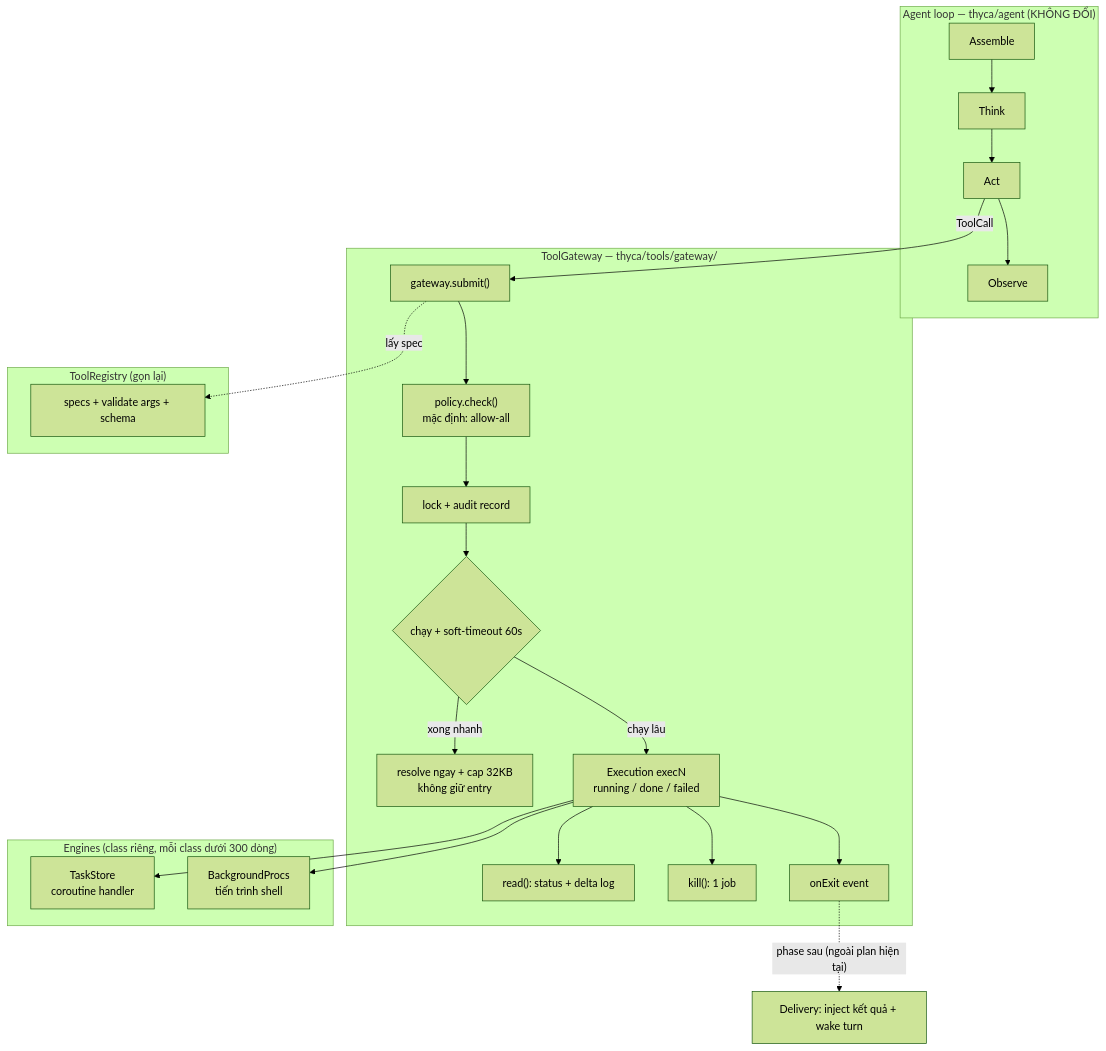
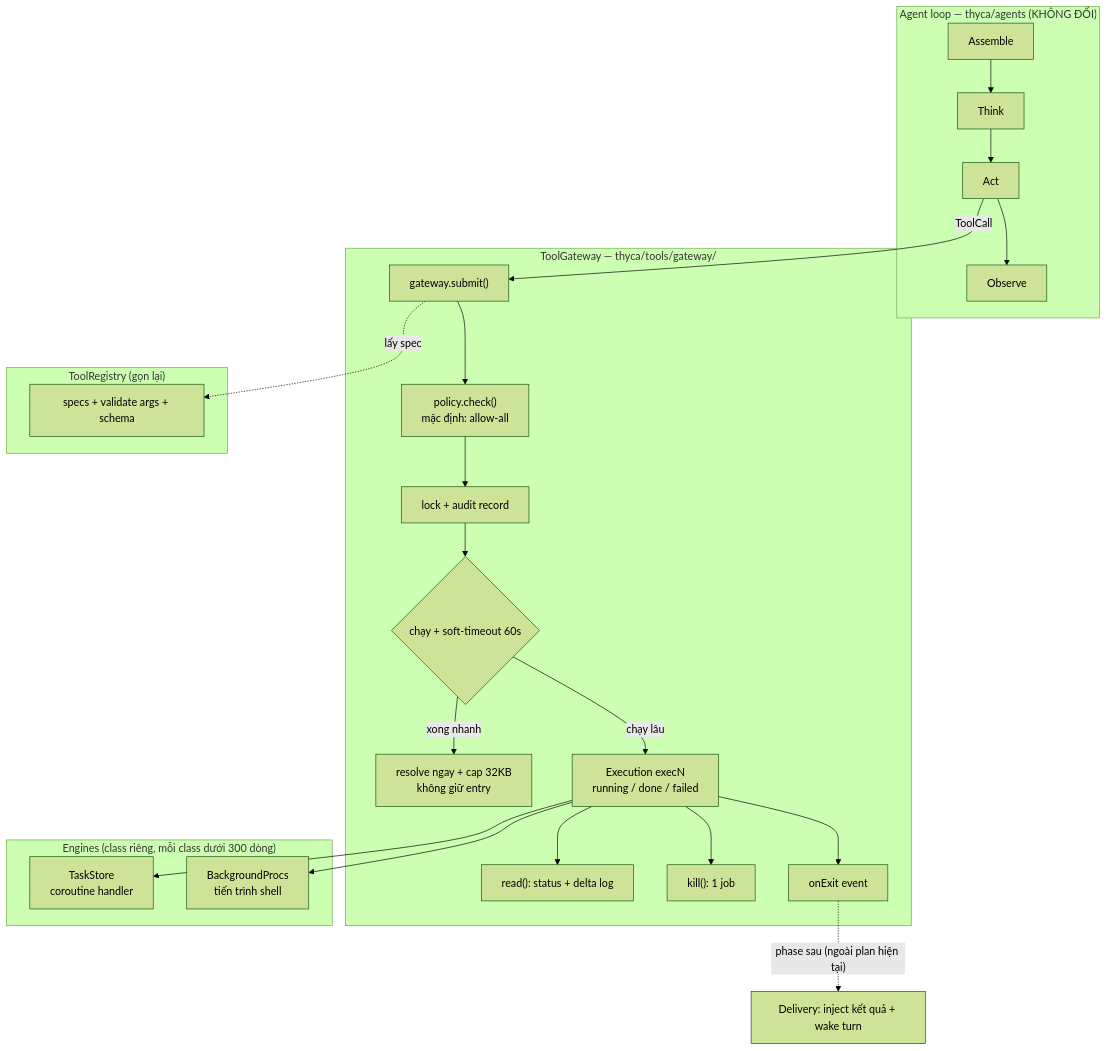
Before and after one commit to Flowerf19/thyca-ai: the first of 2 diagrams in thyca/tools/gateway/README.md, drawn with Mermaid (forest theme). The commit also changed 259 other files, not shown here.

````diff
--- a/thyca/tools/gateway/README.md
+++ b/thyca/tools/gateway/README.md
@@ -9,34 +9,34 @@
 ```mermaid
 flowchart TD
-    subgraph LOOP["Agent loop — thyca/agent (KHÔNG ĐỔI)"]
+    subgraph LOOP["Agent loop — thyca/agents (KHÔNG ĐỔI)"]
         A["Assemble"] --> T["Think"] --> AC["Act"] --> O["Observe"]
     end
 
     AC -->|"ToolCall"| SUBMIT["gateway.submit()"]
 
     subgraph GW["ToolGateway — thyca/tools/gateway/"]
         SUBMIT --> POL["policy.check()<br/>mặc định: allow-all"]
         POL --> LOCK["lock + audit record"]
         LOCK --> RUN{"chạy + soft-timeout 60s"}
         RUN -->|"xong nhanh"| FAST["resolve ngay + cap 32KB<br/>không giữ entry"]
         RUN -->|"chạy lâu"| EXEC["Execution execN<br/>running / done / failed"]
         EXEC --> RD["read(): status + delta log"]
         EXEC --> KL["kill(): 1 job"]
         EXEC --> EV["onExit event"]
     end
 
     subgraph ENG["Engines (class riêng, mỗi class dưới 300 dòng)"]
         TS["TaskStore<br/>coroutine handler"]
         BP["BackgroundProcs<br/>tiến trình shell"]
     end
 
     EXEC --> TS
     EXEC --> BP
 
     subgraph REG["ToolRegistry (gọn lại)"]
         SP["specs + validate args + schema"]
     end
     SUBMIT -.->|"lấy spec"| SP
 
     EV -.->|"phase sau (ngoài plan hiện tại)"| DL["Delivery: inject kết quả + wake turn"]
 ```
````
